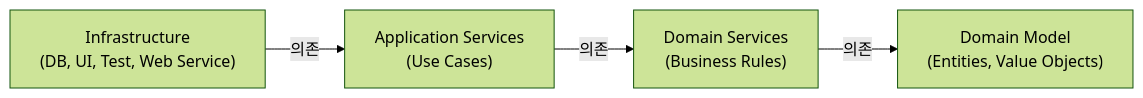
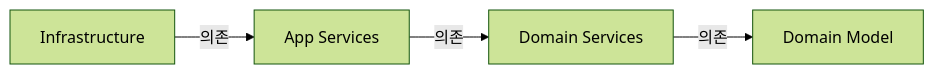
One commit to yjkim2015/yjkim2015.github.io changed the fifth of 8 diagrams in _posts/architecture/2026-05-12-layered-clean-onion.md. Above: the diagram before and after it, drawn with Mermaid (forest theme). The commit also changed other lines of this file and 245 other files, not shown here.

First line of the commit message:
Mermaid 다이어그램 전면 수정 + 면접 포인트 접기/펼치기 + DB 데드락 페이지

````diff
--- a/_posts/architecture/2026-05-12-layered-clean-onion.md
+++ b/_posts/architecture/2026-05-12-layered-clean-onion.md
@@ -197,11 +192,6 @@
 ```mermaid
 graph LR
-    INF["Infrastructure\n(DB, UI, Test, Web Service)"]
-    AS["Application Services\n(Use Cases)"]
-    DS["Domain Services\n(Business Rules)"]
-    DM["Domain Model\n(Entities, Value Objects)"]
-
-    INF -->|의존| AS
-    AS -->|의존| DS
-    DS -->|의존| DM
+    INF["Infrastructure"] -->|의존| AS["App Services"]
+    AS -->|의존| DS["Domain Services"]
+    DS -->|의존| DM["Domain Model"]
 ```
````
